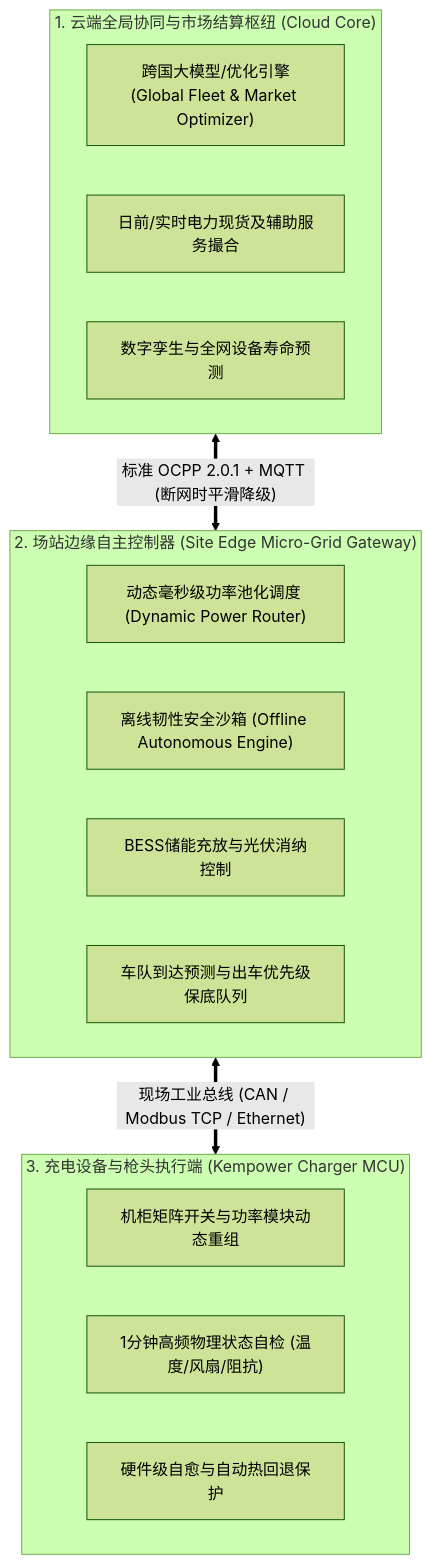
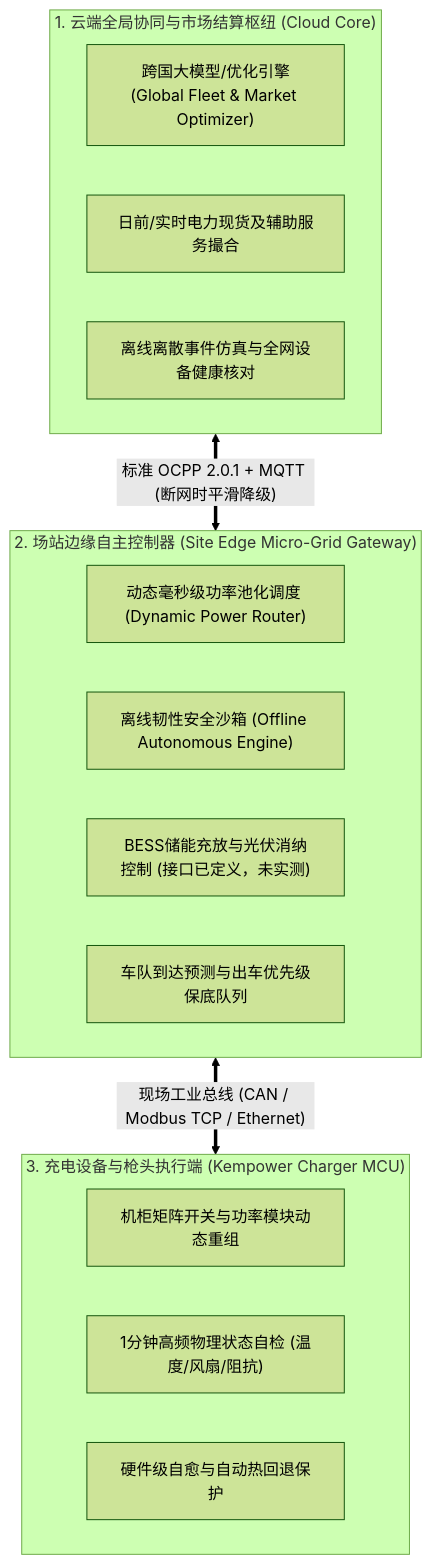
Before and after one commit to wzs39/kempower-self-operating-network: the second of 2 diagrams in Kempower_Hackathon_Dataset_Comprehensive_Report.md, drawn with Mermaid (forest theme). The commit also changed other lines of this file and 36 other files, not shown here.

````diff
--- a/Kempower_Hackathon_Dataset_Comprehensive_Report.md
+++ b/Kempower_Hackathon_Dataset_Comprehensive_Report.md
@@ -290,24 +290,24 @@
 ```mermaid
 graph TB
     subgraph CloudLayer["1. 云端全局协同与市场结算枢纽 (Cloud Core)"]
         C1["跨国大模型/优化引擎<br/>(Global Fleet & Market Optimizer)"]
         C2["日前/实时电力现货及辅助服务撮合"]
-        C3["数字孪生与全网设备寿命预测"]
+        C3["离线离散事件仿真与全网设备健康核对"]
     end
 
     subgraph EdgeLayer["2. 场站边缘自主控制器 (Site Edge Micro-Grid Gateway)"]
         E1["动态毫秒级功率池化调度 (Dynamic Power Router)"]
         E2["离线韧性安全沙箱 (Offline Autonomous Engine)"]
-        E3["BESS储能充放与光伏消纳控制"]
+        E3["BESS储能充放与光伏消纳控制 (接口已定义，未实测)"]
         E4["车队到达预测与出车优先级保底队列"]
     end
 
     subgraph DeviceLayer["3. 充电设备与枪头执行端 (Kempower Charger MCU)"]
         D1["机柜矩阵开关与功率模块动态重组"]
         D2["1分钟高频物理状态自检 (温度/风扇/阻抗)"]
         D3["硬件级自愈与自动热回退保护"]
     end
 
     CloudLayer <== "标准 OCPP 2.0.1 + MQTT (断网时平滑降级)" ==> EdgeLayer
     EdgeLayer <== "现场工业总线 (CAN / Modbus TCP / Ethernet)" ==> DeviceLayer
 ```
````
